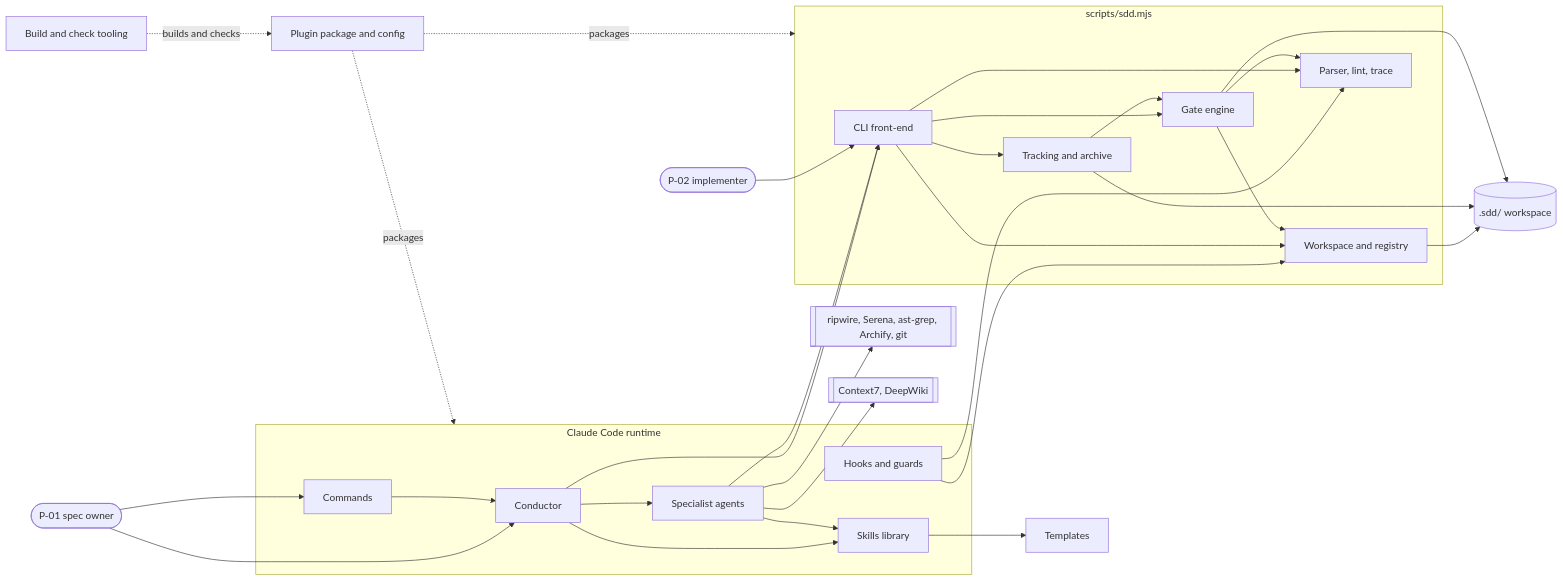
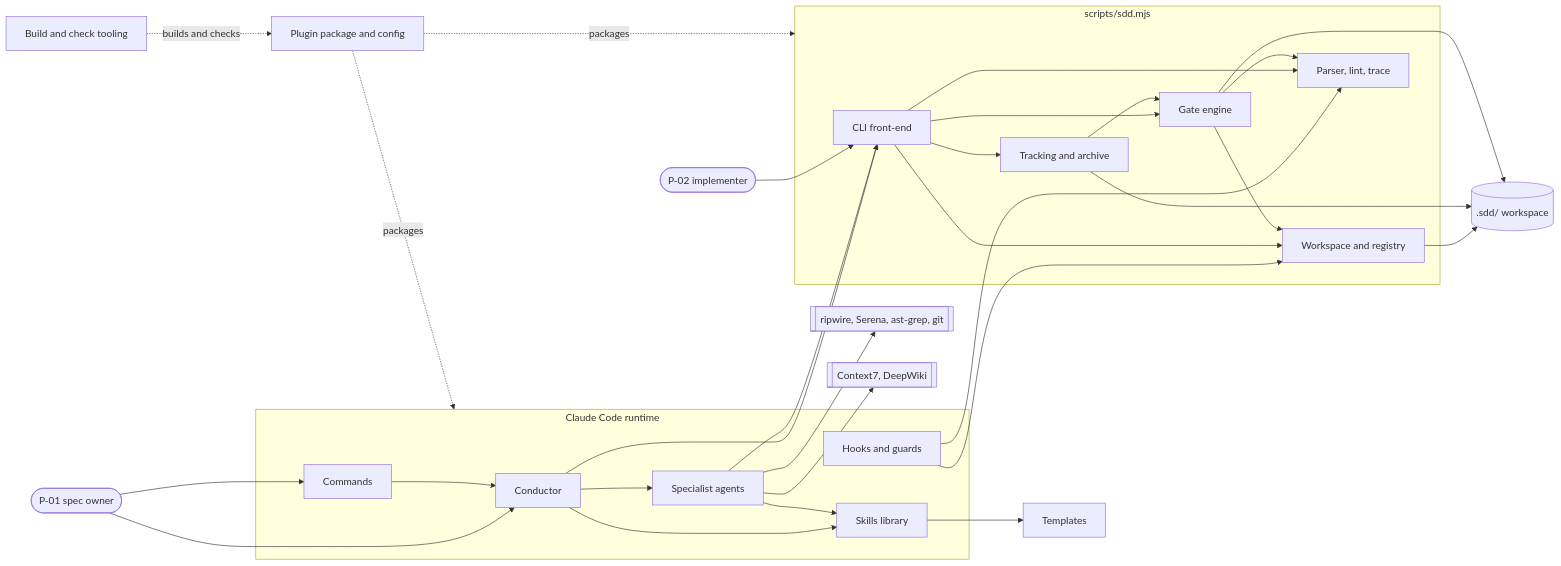
Before and after one commit to jlacube/spec-architect: the first of 5 diagrams in .sdd/001-architect-agent-suite/10-spec/60-architecture/architecture.md, drawn with Mermaid. The commit also changed other lines of this file and 30 other files, not shown here.

````diff
--- a/.sdd/001-architect-agent-suite/10-spec/60-architecture/architecture.md
+++ b/.sdd/001-architect-agent-suite/10-spec/60-architecture/architecture.md
@@ -205,52 +205,52 @@
 ```mermaid
 flowchart LR
   P01([P-01 spec owner])
   P02([P-02 implementer])
   subgraph CC[Claude Code runtime]
     C001_COMP_01[Conductor]
     C001_COMP_02[Specialist agents]
     C001_COMP_09[Commands]
     C001_COMP_10[Skills library]
     C001_COMP_08[Hooks and guards]
   end
   subgraph CLI[scripts/sdd.mjs]
     C001_COMP_07[CLI front-end]
     C001_COMP_03[Workspace and registry]
     C001_COMP_04[Parser, lint, trace]
     C001_COMP_05[Gate engine]
     C001_COMP_06[Tracking and archive]
   end
   C001_COMP_11[Plugin package and config]
   C001_COMP_12[Build and check tooling]
   C001_COMP_13[Templates]
   WS[(.sdd/ workspace)]
-  EXT[[ripwire, Serena, ast-grep, Archify, git]]
+  EXT[[ripwire, Serena, ast-grep, git]]
   MCP[[Context7, DeepWiki]]
   P01 --> C001_COMP_01
   P01 --> C001_COMP_09
   C001_COMP_09 --> C001_COMP_01
   C001_COMP_01 --> C001_COMP_02
   C001_COMP_01 --> C001_COMP_10
   C001_COMP_02 --> C001_COMP_10
   C001_COMP_10 --> C001_COMP_13
   C001_COMP_01 --> C001_COMP_07
   C001_COMP_02 --> C001_COMP_07
   C001_COMP_02 --> EXT
   C001_COMP_02 --> MCP
   C001_COMP_08 --> C001_COMP_03
   C001_COMP_08 --> C001_COMP_04
   C001_COMP_07 --> C001_COMP_03
   C001_COMP_07 --> C001_COMP_04
   C001_COMP_07 --> C001_COMP_05
   C001_COMP_07 --> C001_COMP_06
   C001_COMP_05 --> C001_COMP_03
   C001_COMP_05 --> C001_COMP_04
   C001_COMP_06 --> C001_COMP_05
   C001_COMP_03 --> WS
   C001_COMP_06 --> WS
   C001_COMP_05 --> WS
   P02 --> C001_COMP_07
   C001_COMP_11 -.packages.-> CC
   C001_COMP_11 -.packages.-> CLI
   C001_COMP_12 -.builds and checks.-> C001_COMP_11
 ```
````
